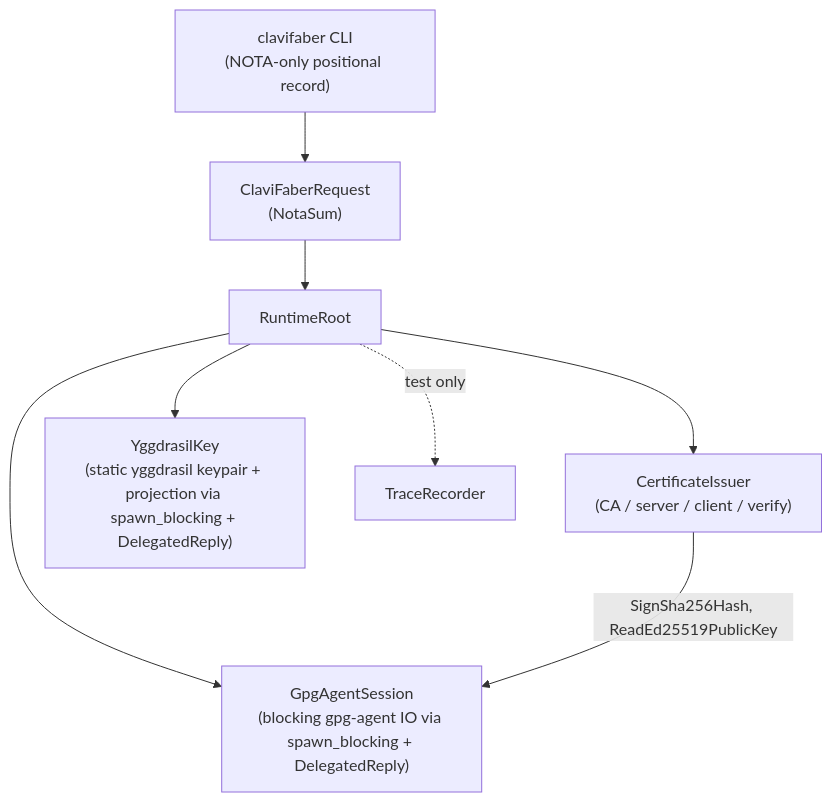
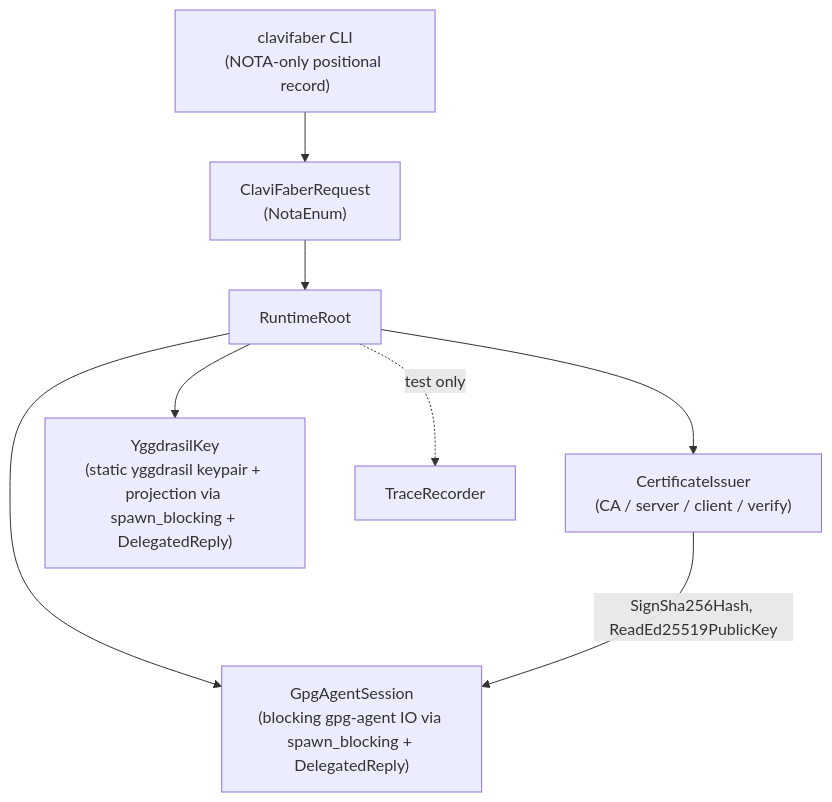
Before and after one commit to LiGoldragon/clavifaber: the diagram in ARCHITECTURE.md, drawn with Mermaid. The commit also changed other lines of this file and 4 other files, not shown here.

Commit message:
clavifaber: migrate NOTA request surface to bracket strings

````diff
--- a/ARCHITECTURE.md
+++ b/ARCHITECTURE.md
@@ -68,11 +68,11 @@
 ```mermaid
 flowchart TB
-    cli["clavifaber CLI<br/>(NOTA-only positional record)"] --> request["ClaviFaberRequest<br/>(NotaSum)"]
+    cli["clavifaber CLI<br/>(NOTA-only positional record)"] --> request["ClaviFaberRequest<br/>(NotaEnum)"]
     request --> root["RuntimeRoot"]
     root --> certificate_issuer["CertificateIssuer<br/>(CA / server / client / verify)"]
     root --> gpg_agent_session["GpgAgentSession<br/>(blocking gpg-agent IO via spawn_blocking + DelegatedReply)"]
     root --> yggdrasil_key["YggdrasilKey<br/>(static yggdrasil keypair + projection via spawn_blocking + DelegatedReply)"]
     root -. test only .-> trace_recorder["TraceRecorder"]
 
     certificate_issuer -->|SignSha256Hash, ReadEd25519PublicKey| gpg_agent_session
 ```
````
